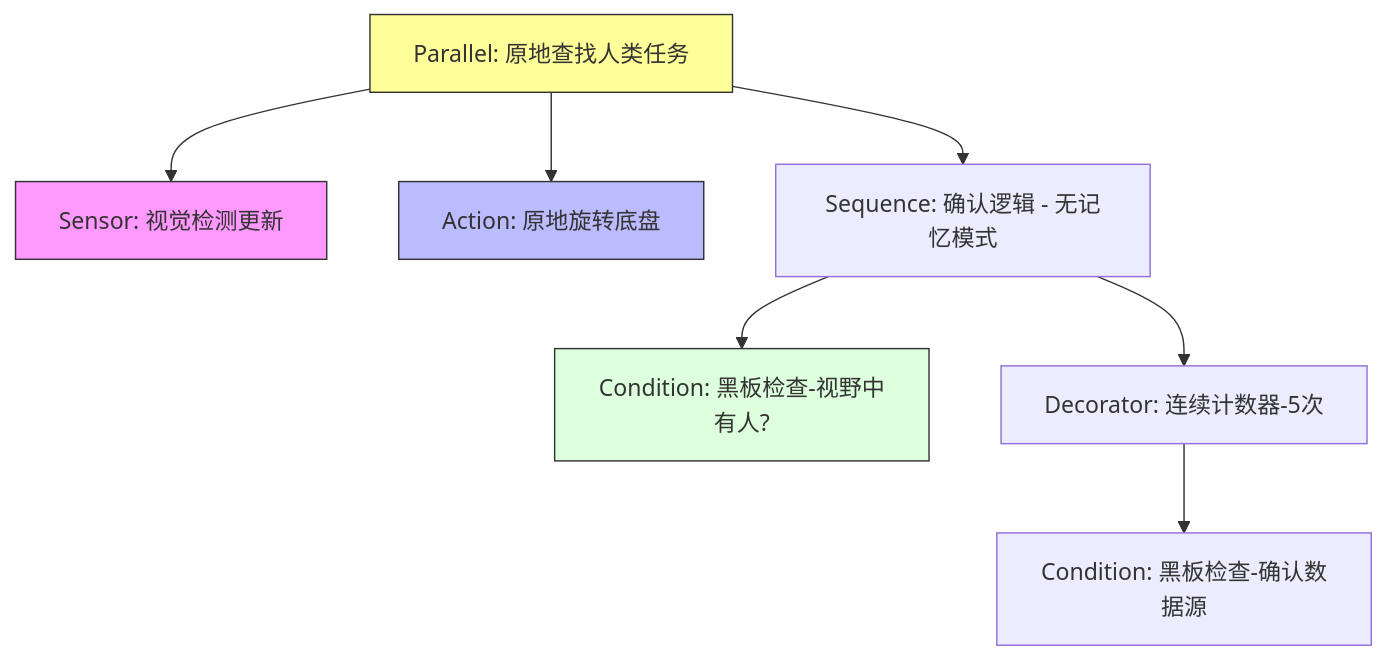
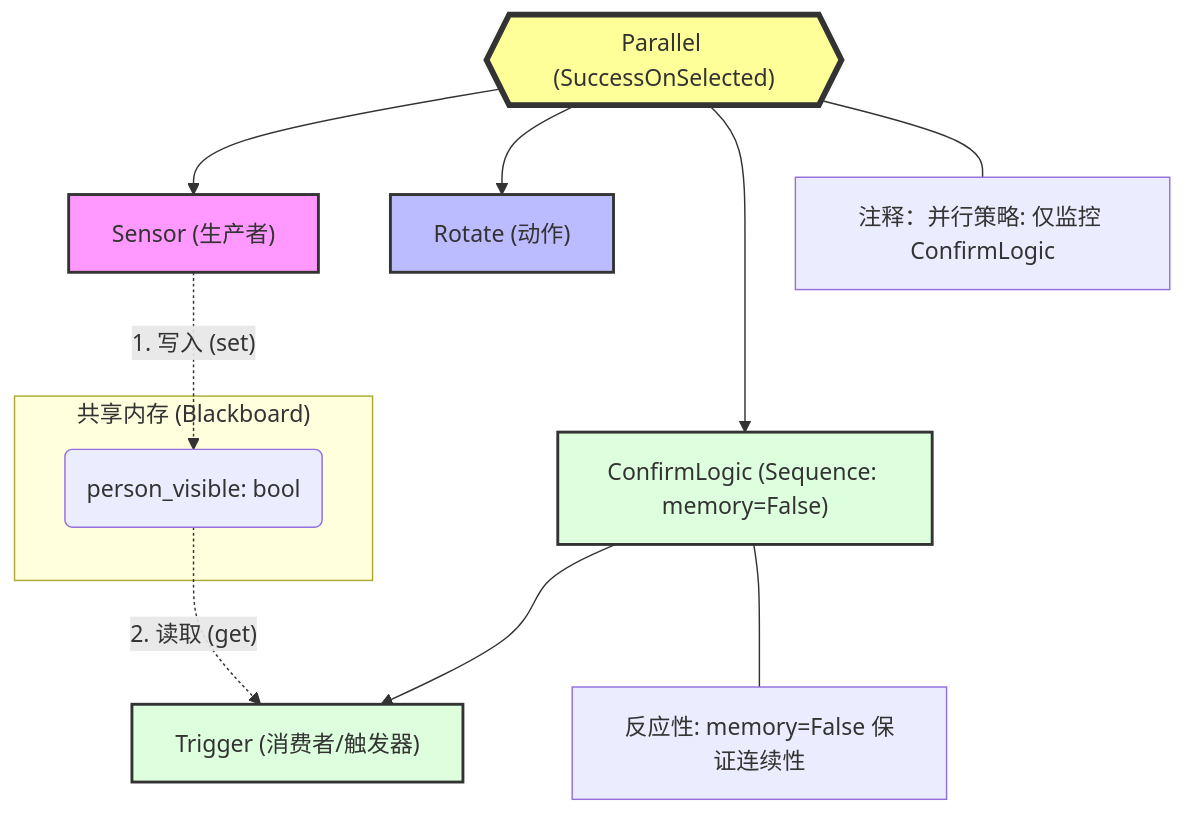
One commit to wumin199/wm-cpp-case changed the second of 3 diagrams in src/behavior_tree/study-introduction-to-behavior-trees.md. Above: the diagram before and after it, drawn with Mermaid. The commit also changed other lines of this file and 3 other files, not shown here.

````diff
--- a/src/behavior_tree/study-introduction-to-behavior-trees.md
+++ b/src/behavior_tree/study-introduction-to-behavior-trees.md
@@ -42,15 +42,42 @@
 ```mermaid
 graph TD
-    Root[Parallel: 原地查找人类任务] --> Sensor[Sensor: 视觉检测更新]
-    Root --> Rotate[Action: 原地旋转底盘]
-    Root --> ConfirmSeq[Sequence: 确认逻辑 - 无记忆模式]
+    %% 根节点定义
+    Root{{"Parallel (SuccessOnSelected)"}} 
     
-    ConfirmSeq --> Guard[Condition: 黑板检查-视野中有人?]
-    ConfirmSeq --> Counter[Decorator: 连续计数器-5次]
-    Counter --> CheckBB[Condition: 黑板检查-确认数据源]
+    %% 子节点定义
+    Sensor["Sensor (生产者)"]
+    Rotate["Rotate (动作)"]
+    ConfirmSeq["ConfirmLogic (Sequence: memory=False)"]
+    Trigger["Trigger (消费者/触发器)"]
 
-    style Sensor fill:#f9f,stroke:#333
-    style Rotate fill:#bbf,stroke:#333
-    style Guard fill:#dfd,stroke:#333
-    style Root fill:#ff9,stroke:#333
+    %% 树结构连接
+    Root --> Sensor
+    Root --> Rotate
+    Root --> ConfirmSeq
+    ConfirmSeq --> Trigger
+
+    %% 数据流（黑板）展示
+    subgraph Blackboard ["共享内存 (Blackboard)"]
+        Data(person_visible: bool)
+    end
+
+    Sensor -.->|"1. 写入 (set)"| Data
+    Data -.->|"2. 读取 (get)"| Trigger
+
+    %% 状态说明
+    classDef producer fill:#f9f,stroke:#333,stroke-width:2px;
+    classDef action fill:#bbf,stroke:#333,stroke-width:2px;
+    classDef logic fill:#dfd,stroke:#333,stroke-width:2px;
+    classDef rootNode fill:#ff9,stroke:#333,stroke-width:4px;
+
+    class Sensor producer;
+    class Rotate action;
+    class ConfirmSeq,Trigger logic;
+    class Root rootNode;
+
+    %% 备注说明
+    note1[注释：并行策略: 仅监控 ConfirmLogic]
+    note2[反应性: memory=False 保证连续性]
+    Root --- note1
+    ConfirmSeq --- note2
 ```
````
